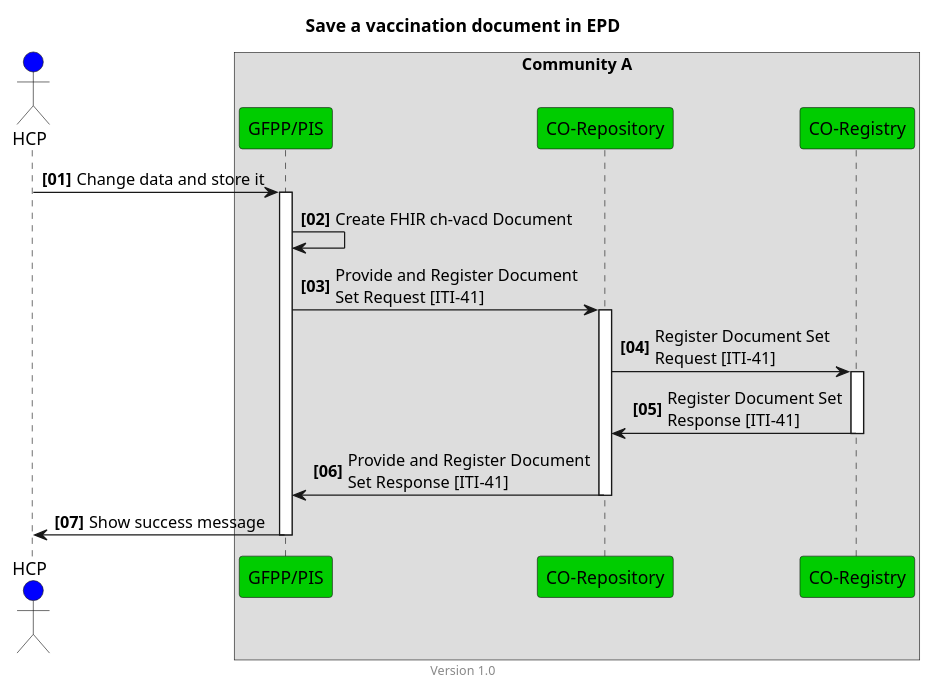
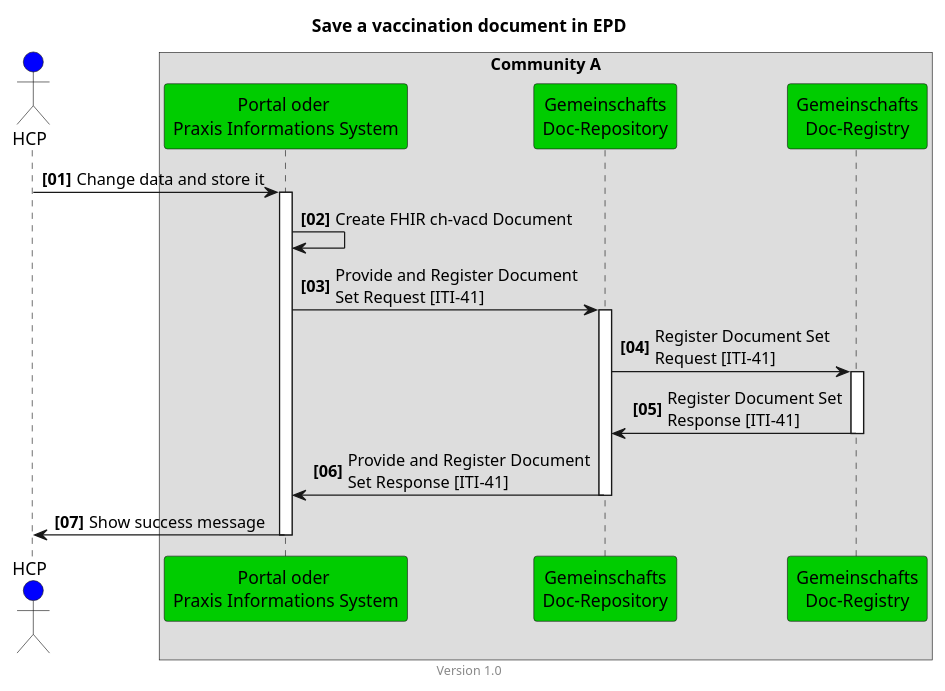
One commit to hl7ch/ch-vacd changed the diagram in input/images-source/epd-save-and-replace-vaccination-doc.plantuml. Above: the diagram before and after it, drawn with PlantUML. The commit also changed 4 other files, not shown here.

Commit message:
replace short names like GFPP/PIS and other by understandable names (#407)

```diff
--- a/input/images-source/epd-save-and-replace-vaccination-doc.plantuml
+++ b/input/images-source/epd-save-and-replace-vaccination-doc.plantuml
@@ -1,54 +1,54 @@
 @startuml
 title Save a vaccination document in EPD
 footer Version 1.0
 skinparam responseMessageBelowArrow true
 scale max 800 width
 
 actor HCP #blue
 box "Community A"
-participant "GFPP/PIS" #00CC00
-participant "CO-Repository" #00CC00
-participant "CO-Registry" #00CC00
+participant "Portal oder \nPraxis Informations System" as GFPP_PIS #00CC00
+participant "Gemeinschafts\nDoc-Repository" as CO_Repository #00CC00
+participant "Gemeinschafts\nDoc-Registry" as CO_Registry #00CC00
 ' participant "CO-IGW" #00CC00
 end box
 'box "Community X"
 'participant "OC-RGW" #00aaff
 'participant "OC-Registry" #00aaff
 'end box
 
 autonumber "<b>[00]"
-HCP -> "GFPP/PIS": Change data and store it
-activate "GFPP/PIS"
-"GFPP/PIS" -> "GFPP/PIS": Create FHIR ch-vacd Document
-"GFPP/PIS" -> "CO-Repository": Provide and Register Document\nSet Request [ITI-41]
-activate "CO-Repository"
-"CO-Repository" -> "CO-Registry": Register Document Set\nRequest [ITI-41]
-activate "CO-Registry"
-"CO-Registry" -> "CO-Repository": Register Document Set\nResponse [ITI-41]
-deactivate "CO-Registry"
-"CO-Repository" -> "GFPP/PIS": Provide and Register Document\nSet Response [ITI-41]
-deactivate "CO-Repository"
+HCP -> GFPP_PIS: Change data and store it
+activate GFPP_PIS
+GFPP_PIS -> GFPP_PIS: Create FHIR ch-vacd Document
+GFPP_PIS -> CO_Repository: Provide and Register Document\nSet Request [ITI-41]
+activate CO_Repository
+CO_Repository -> CO_Registry: Register Document Set\nRequest [ITI-41]
+activate CO_Registry
+CO_Registry -> CO_Repository: Register Document Set\nResponse [ITI-41]
+deactivate CO_Registry
+CO_Repository -> GFPP_PIS: Provide and Register Document\nSet Response [ITI-41]
+deactivate CO_Repository
 
 ' "GFPP/PIS" -> "GFPP/PIS": set all old documents to deprecated
 ' activate "GFPP/PIS"
 ' loop "all other communities"
 ' "GFPP/PIS" -> "CO-IGW": Restricted Metadata Update Request [ITI-92]
 ' activate "CO-IGW"
 
 ' "CO-IGW" -> "OC-RGW": Restricted Metadata Update\nRequest [ITI-92]
 ' activate "OC-RGW"
 ' "OC-RGW" -> "OC-Registry": Restricted Metadata Update\nRequest [ITI-92]
 ' activate "OC-Registry"
 ' "OC-Registry" -> "OC-RGW": Restricted Metadata Update\nResponse [ITI-92]
 ' deactivate "OC-Registry"
 ' "OC-RGW" -> "CO-IGW": Restricted Metadata Update\nResponse [ITI-92]
 ' deactivate "OC-RGW"
 ' "CO-IGW" -> "GFPP/PIS": Restricted Metadata Update Response [ITI-92]
 ' deactivate "CO-IGW"
 ' end
 ' "GFPP/PIS" -> "GFPP/PIS": OK
 ' deactivate "GFPP/PIS"
 
-"GFPP/PIS" -> HCP: Show success message
-deactivate "GFPP/PIS"
+GFPP_PIS -> HCP: Show success message
+deactivate GFPP_PIS
 @enduml
```
